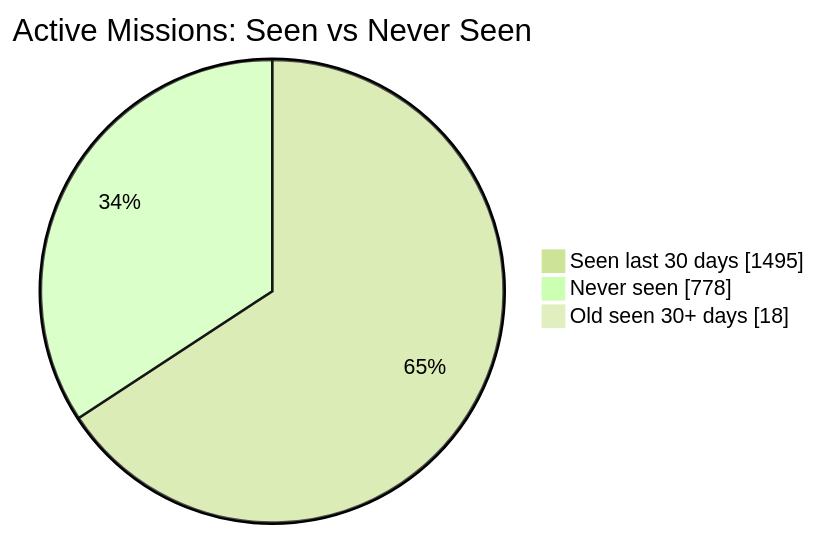
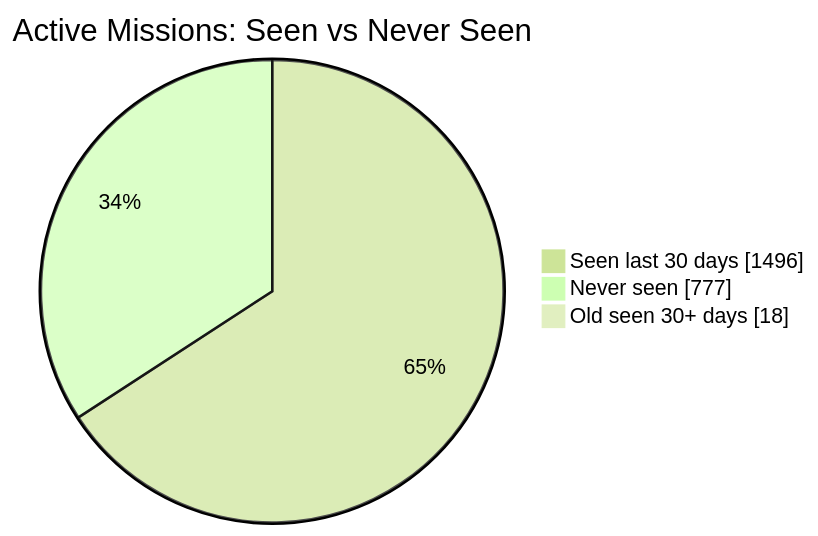
The first of 2 diagrams in README.md (MeldkamerspelGameTeam/active-missions), drawn with Mermaid (forest theme) before and after one commit. The commit also changed other lines of this file and 3 other files, not shown here.

````diff
--- a/README.md
+++ b/README.md
@@ -34,7 +34,7 @@
 ```mermaid
 pie showData
     title Active Missions: Seen vs Never Seen
-    "Seen last 30 days" : 1495
-    "Never seen" : 778
+    "Seen last 30 days" : 1496
+    "Never seen" : 777
     "Old seen 30+ days" : 18
 ```
````
